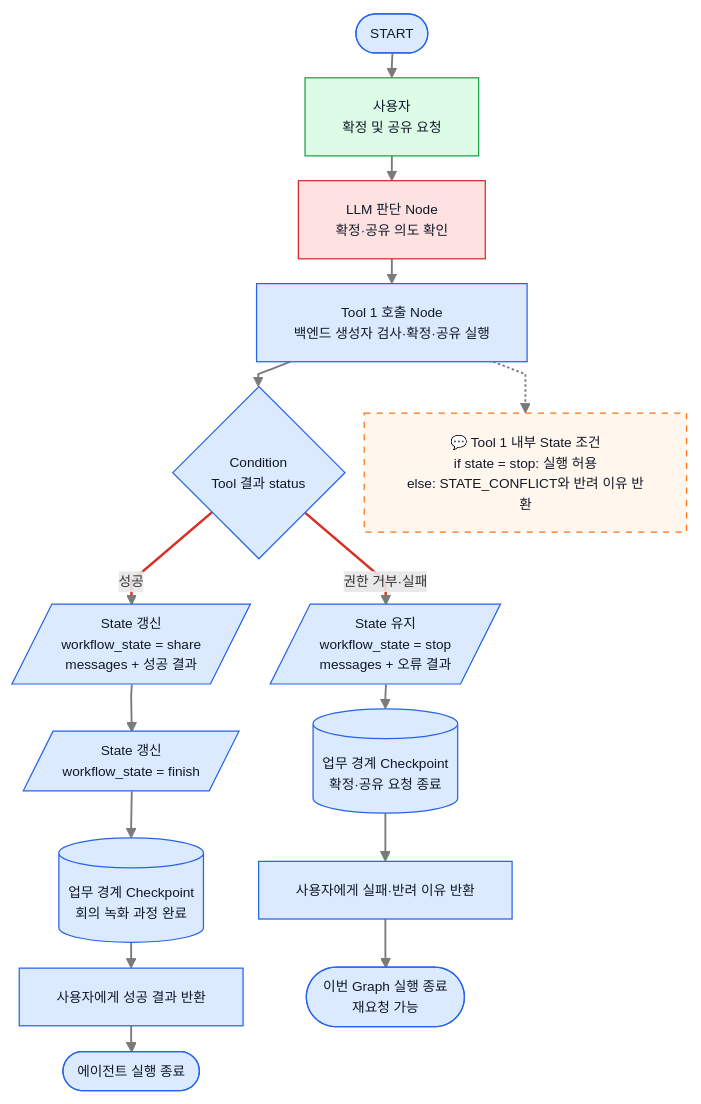
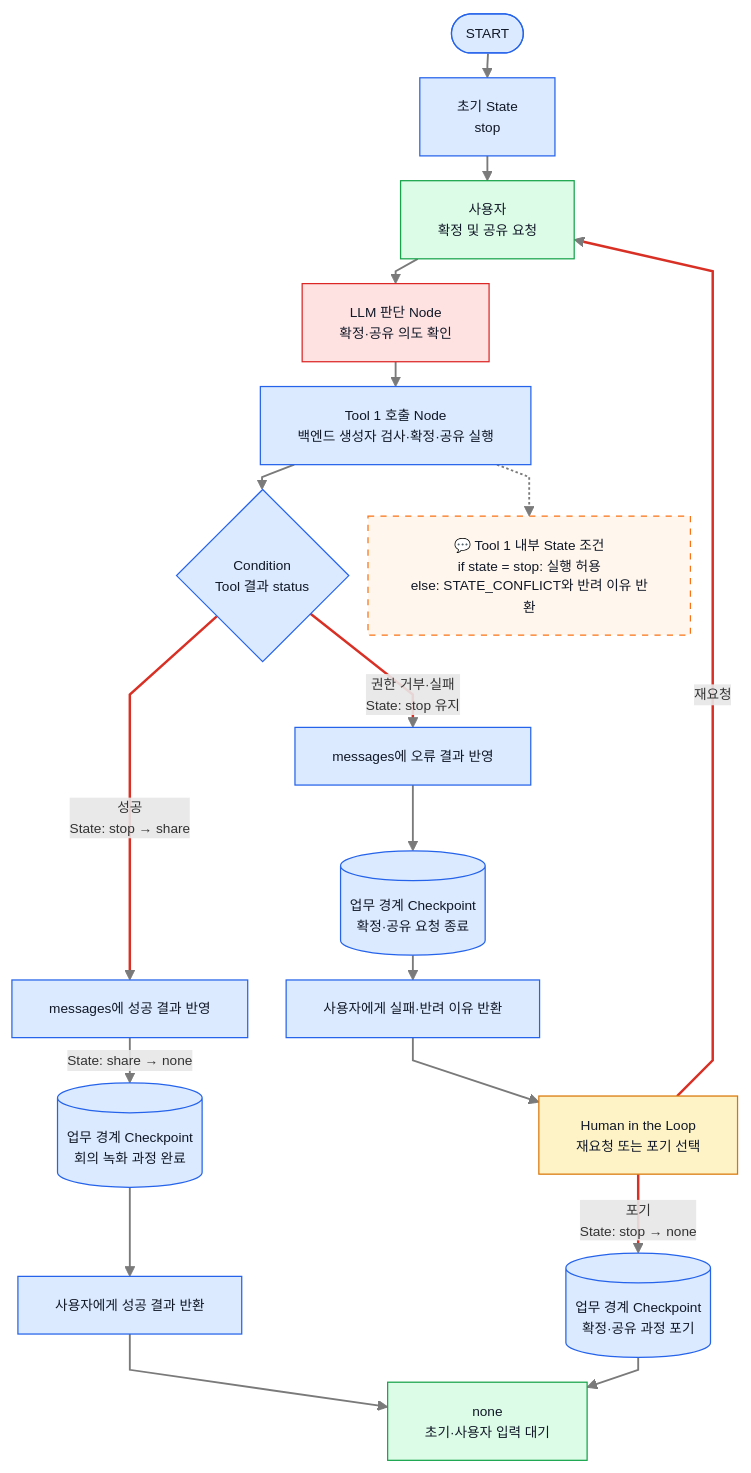
The seventh of 11 diagrams in ZENAI/에이전트 설계/회의록 에이전트 설계/1. 회의록 에이전트 워크플로우 graph 정의.md (ericyum/Obsidian), drawn with Mermaid before and after one commit. The commit also changed other lines of this file and 6 other files, not shown here.

````diff
--- a/ZENAI/에이전트 설계/회의록 에이전트 설계/1. 회의록 에이전트 워크플로우 graph 정의.md
+++ b/ZENAI/에이전트 설계/회의록 에이전트 설계/1. 회의록 에이전트 워크플로우 graph 정의.md
@@ -270,28 +311,37 @@
 ```mermaid
 %%{init: {"flowchart": {"useMaxWidth": true, "nodeSpacing": 16, "rankSpacing": 20, "curve": "linear"}, "themeVariables": {"fontSize": "11px"}}}%%
 flowchart TB
-    S(["START"]) --> U["사용자<br/>확정 및 공유 요청"]
+    S(["START"]) --> IS["초기 State<br/>stop"]
+    IS --> U["사용자<br/>확정 및 공유 요청"]
     U --> A["LLM 판단 Node<br/>확정·공유 의도 확인"]
     A --> T3["Tool 1 호출 Node<br/>백엔드 생성자 검사·확정·공유 실행"]
     T3 --> C{"Condition<br/>Tool 결과 status"}
-    C -->|"성공"| SS[/"State 갱신<br/>workflow_state = share<br/>messages + 성공 결과"/]
-    C -->|"권한 거부·실패"| SF[/"State 유지<br/>workflow_state = stop<br/>messages + 오류 결과"/]
-    SS --> FIN[/"State 갱신<br/>workflow_state = finish"/]
-    FIN --> CPS[("업무 경계 Checkpoint<br/>회의 녹화 과정 완료")]
+    C -->|"성공<br/>State: stop → share"| SS["messages에 성공 결과 반영"]
+    C -->|"권한 거부·실패<br/>State: stop 유지"| SF["messages에 오류 결과 반영"]
+    SS -->|"State: share → none"| CPS[("업무 경계 Checkpoint<br/>회의 녹화 과정 완료")]
     CPS --> RS["사용자에게 성공 결과 반환"]
-    RS --> E1(["에이전트 실행 종료"])
+    RS --> FN["none<br/>초기·사용자 입력 대기"]
     SF --> CPF[("업무 경계 Checkpoint<br/>확정·공유 요청 종료")]
     CPF --> RF["사용자에게 실패·반려 이유 반환"]
-    RF --> E2(["이번 Graph 실행 종료<br/>재요청 가능"])
+    RF --> H["Human in the Loop<br/>재요청 또는 포기 선택"]
+    H -->|"재요청"| U
+    H -->|"포기<br/>State: stop → none"| CPA[("업무 경계 Checkpoint<br/>확정·공유 과정 포기")]
+    CPA --> FN
     T3 -.-> N3["💬 Tool 1 내부 State 조건<br/>if state = stop: 실행 허용<br/>else: STATE_CONFLICT와 반려 이유 반환"]
     classDef user fill:#dcfce7,stroke:#16a34a,color:#111827;
+    classDef hitl fill:#fef3c7,stroke:#d97706,color:#111827;
     classDef internal fill:#dbeafe,stroke:#2563eb,color:#111827;
     classDef llm fill:#fee2e2,stroke:#dc2626,color:#111827;
+    classDef state fill:#dbeafe,stroke:#2563eb,color:#111827;
+    classDef idle fill:#dcfce7,stroke:#16a34a,color:#111827;
     classDef note fill:#fff7ed,stroke:#f97316,color:#111827,stroke-dasharray: 5 5;
     class U user;
+    class H hitl;
+    class IS state;
+    class FN idle;
     class A llm;
     class N3 note;
-    class S,T3,C,SS,SF,FIN,CPS,RS,E1,CPF,RF,E2 internal;
+    class S,T3,C,SS,SF,CPS,RS,CPF,RF,CPA internal;
     linkStyle default stroke:#7a7a7a,stroke-width:1.5px;
-    linkStyle 4,5 stroke:#d93025,stroke-width:2px;
+    linkStyle 5,6,13,14 stroke:#d93025,stroke-width:2px;
 ```
````
